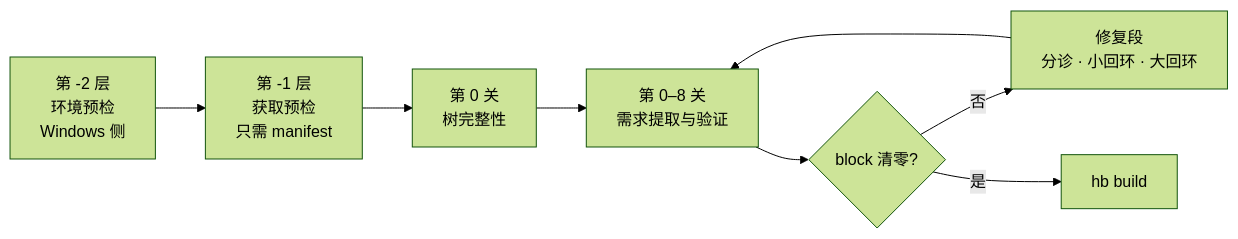
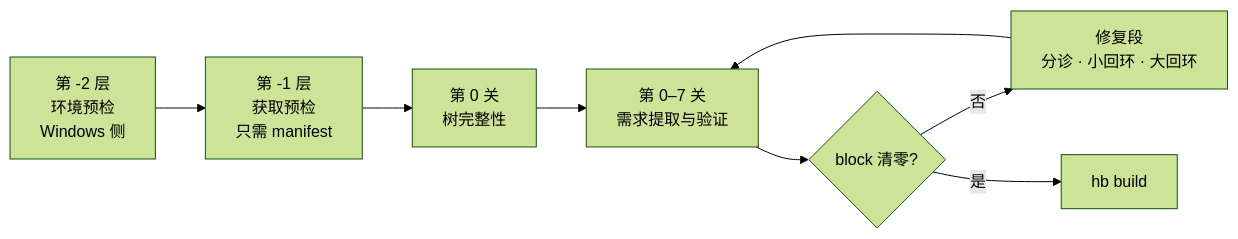
One commit to x-yy-x/tool_realization changed the diagram in README.md. Above: the diagram before and after it, drawn with Mermaid (forest theme). The commit also changed other lines of this file and 38 other files, not shown here.

````diff
--- a/README.md
+++ b/README.md
@@ -61,10 +62,10 @@
 ```mermaid
 flowchart LR
     A["第 -2 层<br/>环境预检<br/>Windows 侧"] --> B["第 -1 层<br/>获取预检<br/>只需 manifest"]
     B --> C["第 0 关<br/>树完整性"]
-    C --> D["第 0–8 关<br/>需求提取与验证"]
+    C --> D["第 0–7 关<br/>需求提取与验证"]
     D --> E{"block 清零?"}
     E -->|否| F["修复段<br/>分诊 · 小回环 · 大回环"]
     F --> D
     E -->|是| G["hb build"]
 ```
````
